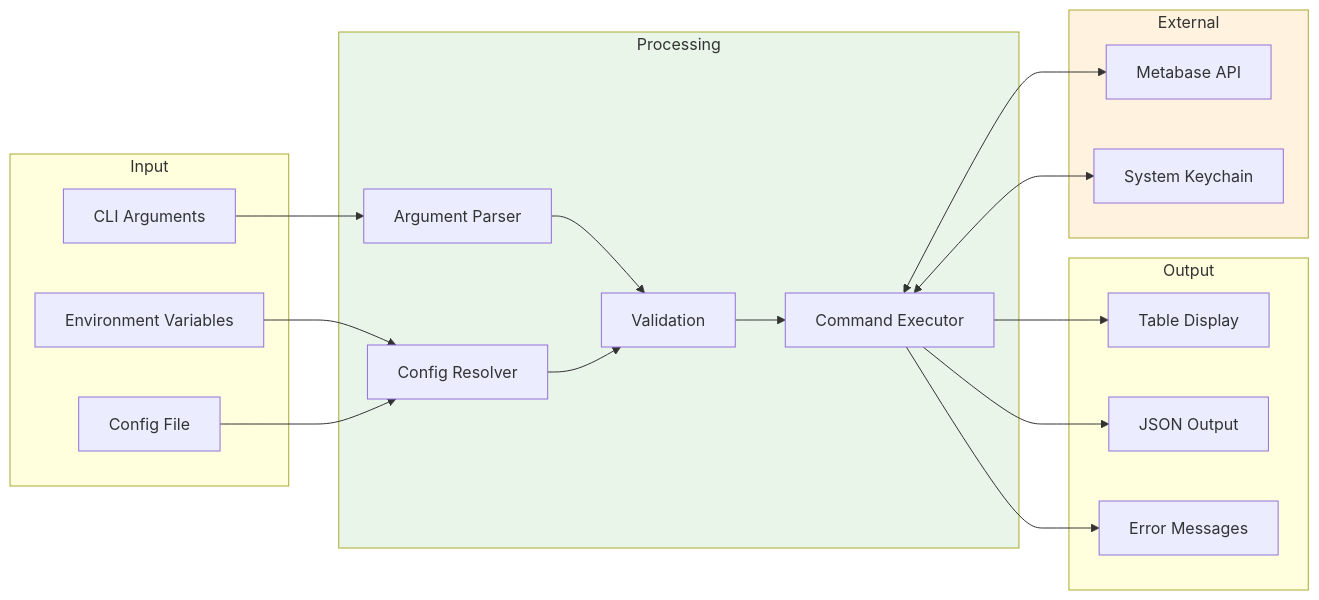
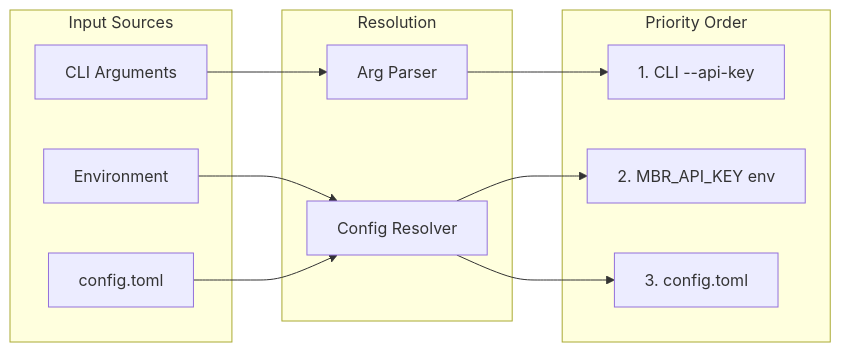
The fifth of 6 diagrams in ARCHITECTURE.md (daisuke8000/mbr-cli), drawn with Mermaid before and after one commit. The commit also changed other lines of this file and 1 other file, not shown here.

First line of the commit message:
docs: update README and ARCHITECTURE for 3-crate workspace (#64)

````diff
--- a/ARCHITECTURE.md
+++ b/ARCHITECTURE.md
@@ -221,44 +165,27 @@
 ```mermaid
 flowchart LR
-    subgraph Input
+    subgraph Input["Input Sources"]
         CLI_Args[CLI Arguments]
-        Env_Vars[Environment Variables]
-        Config_File[Config File]
+        Env[Environment]
+        TOML[config.toml]
     end
-    
-    subgraph Processing
-        Parser[Argument Parser]
+
+    subgraph Resolution["Resolution"]
+        Parser[Arg Parser]
         Resolver[Config Resolver]
-        Validator[Validation]
-        Executor[Command Executor]
     end
-    
-    subgraph Output
-        Table[Table Display]
-        JSON[JSON Output]
-        Error_Msg[Error Messages]
+
+    subgraph Priority["Priority Order"]
+        P1[1. CLI --api-key]
+        P2[2. MBR_API_KEY env]
+        P3[3. config.toml]
     end
-    
-    subgraph External
-        Metabase_API[Metabase API]
-        System_Keychain[System Keychain]
-    end
-    
+
     CLI_Args --> Parser
-    Env_Vars --> Resolver
-    Config_File --> Resolver
-    
-    Parser --> Validator
-    Resolver --> Validator
-    Validator --> Executor
-    
-    Executor <--> Metabase_API
-    Executor <--> System_Keychain
-    
-    Executor --> Table
-    Executor --> JSON
-    Executor --> Error_Msg
-    
-    style Processing fill:#e8f5e8
-    style External fill:#fff3e0
+    Env --> Resolver
+    TOML --> Resolver
+
+    Parser --> P1
+    Resolver --> P2
+    Resolver --> P3
 ```
````
